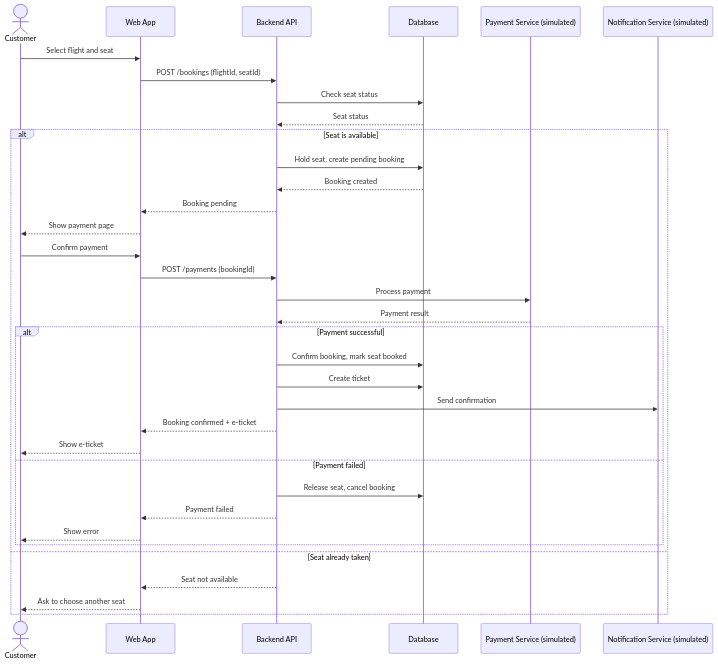
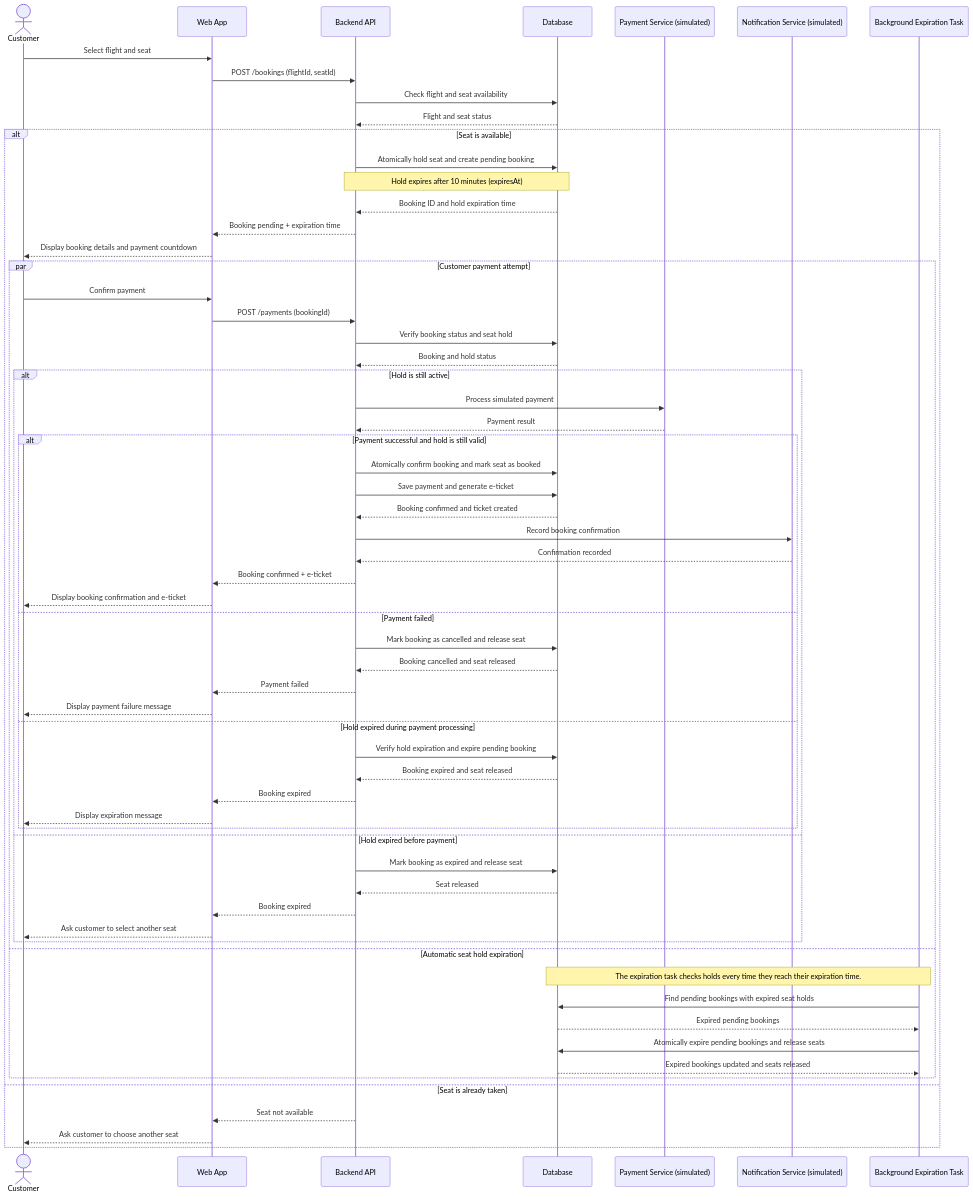
Before and after one commit to AbdalslamBondoq/Software-project-Flight-Booking-System: the diagram in uml/sequence_booking.md, drawn with Mermaid. The commit also changed other lines of this file, not shown here.

Commit message:
docs: improve flight booking sequence diagram

````diff
--- a/uml/sequence_booking.md
+++ b/uml/sequence_booking.md
@@ -3,41 +13,76 @@
 ```mermaid
 sequenceDiagram
     actor C as Customer
     participant W as Web App
     participant B as Backend API
     participant D as Database
     participant P as Payment Service (simulated)
     participant N as Notification Service (simulated)
+    participant E as Background Expiration Task
 
+    %% FLIGHT AND SEAT SELECTION
     C->>W: Select flight and seat
     W->>B: POST /bookings (flightId, seatId)
-    B->>D: Check seat status
-    D-->>B: Seat status
+    B->>D: Check flight and seat availability
+    D-->>B: Flight and seat status
 
     alt Seat is available
-        B->>D: Hold seat, create pending booking
-        D-->>B: Booking created
-        B-->>W: Booking pending
-        W-->>C: Show payment page
+        %% CREATE BOOKING AND HOLD SEAT
+        B->>D: Atomically hold seat and create pending booking
+        Note over B,D: Hold expires after 10 minutes (expiresAt)
+        D-->>B: Booking ID and hold expiration time
+        B-->>W: Booking pending + expiration time
+        W-->>C: Display booking details and payment countdown
 
-        C->>W: Confirm payment
-        W->>B: POST /payments (bookingId)
-        B->>P: Process payment
-        P-->>B: Payment result
+        par Customer payment attempt
+            C->>W: Confirm payment
+            W->>B: POST /payments (bookingId)
+            B->>D: Verify booking status and seat hold
+            D-->>B: Booking and hold status
 
-        alt Payment successful
-            B->>D: Confirm booking, mark seat booked
-            B->>D: Create ticket
-            B->>N: Send confirmation
-            B-->>W: Booking confirmed + e-ticket
-            W-->>C: Show e-ticket
-        else Payment failed
-            B->>D: Release seat, cancel booking
-            B-->>W: Payment failed
-            W-->>C: Show error
+            alt Hold is still active
+                B->>P: Process simulated payment
+                P-->>B: Payment result
+
+                alt Payment successful and hold is still valid
+                    B->>D: Atomically confirm booking and mark seat as booked
+                    B->>D: Save payment and generate e-ticket
+                    D-->>B: Booking confirmed and ticket created
+                    B->>N: Record booking confirmation
+                    N-->>B: Confirmation recorded
+                    B-->>W: Booking confirmed + e-ticket
+                    W-->>C: Display booking confirmation and e-ticket
+
+                else Payment failed
+                    B->>D: Mark booking as cancelled and release seat
+                    D-->>B: Booking cancelled and seat released
+                    B-->>W: Payment failed
+                    W-->>C: Display payment failure message
+
+                else Hold expired during payment processing
+                    B->>D: Verify hold expiration and expire pending booking
+                    D-->>B: Booking expired and seat released
+                    B-->>W: Booking expired
+                    W-->>C: Display expiration message
+                end
+
+            else Hold expired before payment
+                B->>D: Mark booking as expired and release seat
+                D-->>B: Seat released
+                B-->>W: Booking expired
+                W-->>C: Ask customer to select another seat
+            end
+
+        and Automatic seat hold expiration
+            Note over E,D: The expiration task checks holds every time they reach their expiration time.
+            E->>D: Find pending bookings with expired seat holds
+            D-->>E: Expired pending bookings
+            E->>D: Atomically expire pending bookings and release seats
+            D-->>E: Expired bookings updated and seats released
         end
-    else Seat already taken
+
+    else Seat is already taken
         B-->>W: Seat not available
-        W-->>C: Ask to choose another seat
+        W-->>C: Ask customer to choose another seat
     end
 ```
````
